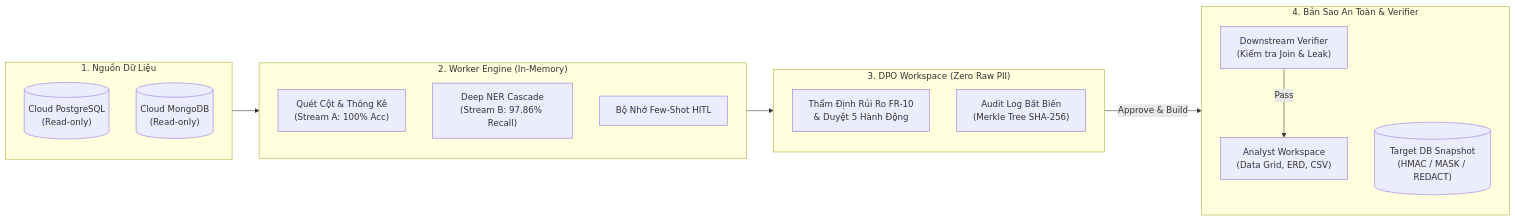
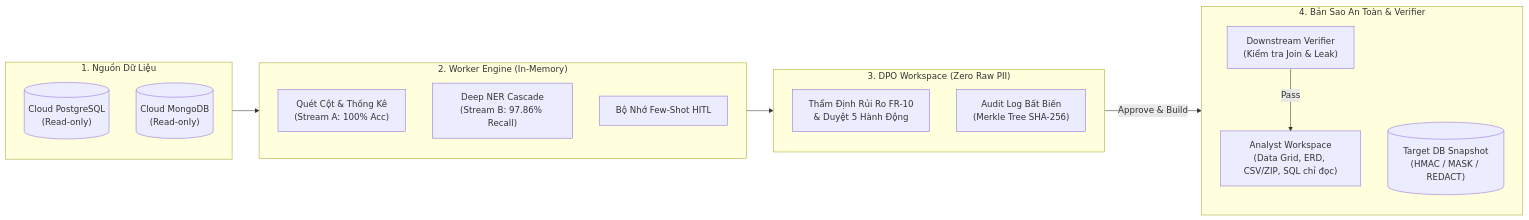
Before and after one commit to tlong1610/PII_Masking: the diagram in ARCHITECTURE.md, drawn with Mermaid. The commit also changed 5 other files, not shown here.

````diff
--- a/ARCHITECTURE.md
+++ b/ARCHITECTURE.md
@@ -16,29 +16,29 @@
 ```mermaid
 flowchart LR
     subgraph Source["1. Nguồn Dữ Liệu"]
         PG[("Cloud PostgreSQL<br/>(Read-only)")]
         MG[("Cloud MongoDB<br/>(Read-only)")]
     end
 
     subgraph Engine["2. Worker Engine (In-Memory)"]
         SCAN["Quét Cột & Thống Kê<br/>(Stream A: 100% Acc)"]
         NER["Deep NER Cascade<br/>(Stream B: 97.86% Recall)"]
         HITL["Bộ Nhớ Few-Shot HITL"]
     end
 
     subgraph Governance["3. DPO Workspace (Zero Raw PII)"]
         REVIEW["Thẩm Định Rủi Ro FR-10<br/>& Duyệt 5 Hành Động"]
         MERKLE["Audit Log Bất Biến<br/>(Merkle Tree SHA-256)"]
     end
 
     subgraph Target["4. Bản Sao An Toàn & Verifier"]
         VERIFY["Downstream Verifier<br/>(Kiểm tra Join & Leak)"]
         SNAPSHOT[("Target DB Snapshot<br/>(HMAC / MASK / REDACT)")]
-        ANALYST["Analyst Workspace<br/>(Data Grid, ERD, CSV)"]
+        ANALYST["Analyst Workspace<br/>(Data Grid, ERD, CSV/ZIP, SQL chỉ đọc)"]
     end
 
     Source --> Engine
     Engine --> Governance
     Governance -->|Approve & Build| Target
     VERIFY -->|Pass| ANALYST
 ```
````
